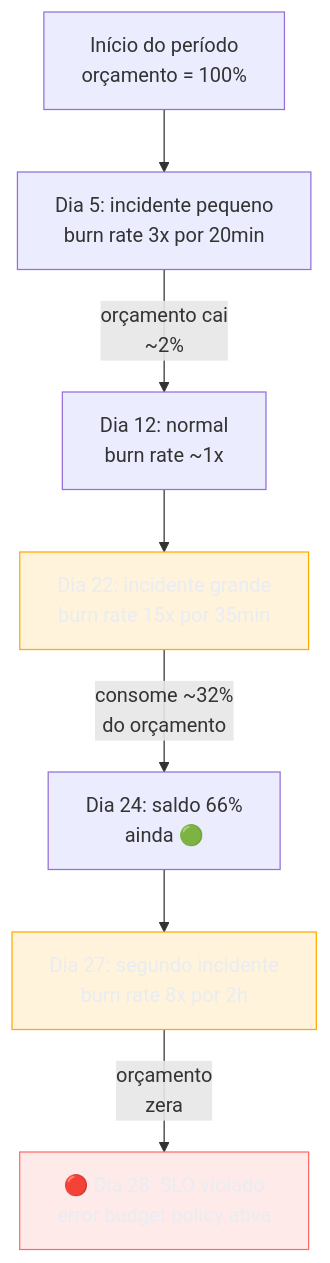
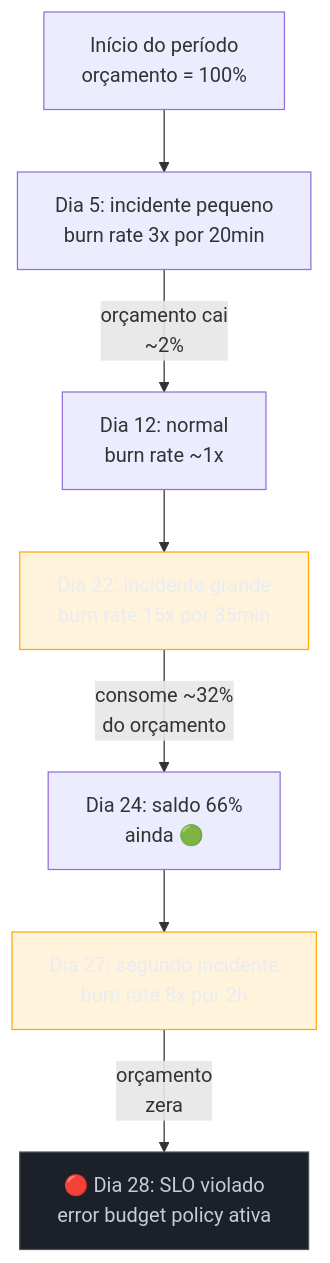
Before and after one commit to josenaldo/codex-technomanticus: the third of 4 diagrams in 03-Dominios/Engenharia/Operação/4 - Observar e responder/02 - SLI, SLO e error budgets.md, drawn with Mermaid. The commit also changed 601 other files, not shown here.

````diff
--- a/03-Dominios/Engenharia/Operação/4 - Observar e responder/02 - SLI, SLO e error budgets.md
+++ b/03-Dominios/Engenharia/Operação/4 - Observar e responder/02 - SLI, SLO e error budgets.md
@@ -187,14 +187,14 @@
 ```mermaid
 graph TD
+    classDef neutro fill:#1B2029,stroke:#4E5666,color:#C6CCD8
     classDef destaque fill:#FFAA0024,stroke:#FFAA00,color:#E9ECF2
-    classDef falha fill:#FF6B6B24,stroke:#FF6B6B,color:#E9ECF2
     START["Início do período<br/>orçamento = 100%"] --> D1["Dia 5: incidente pequeno<br/>burn rate 3x por 20min"]
     D1 -->|"orçamento cai<br/>~2%"| D2["Dia 12: normal<br/>burn rate ~1x"]
     D2 --> D3["Dia 22: incidente grande<br/>burn rate 15x por 35min"]
     D3 -->|"consome ~32%<br/>do orçamento"| D4["Dia 24: saldo 66%<br/>ainda 🟢"]
     D4 --> D5["Dia 27: segundo incidente<br/>burn rate 8x por 2h"]
     D5 -->|"orçamento<br/>zera"| RED["🔴 Dia 28: SLO violado<br/>error budget policy ativa"]
     class D3 destaque
     class D5 destaque
-    class RED falha
+    class RED neutro
 ```
````
